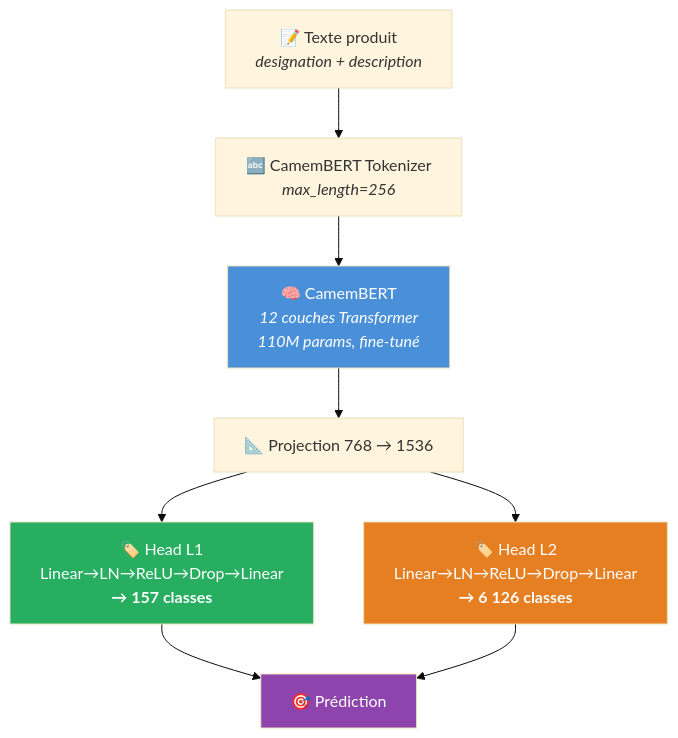
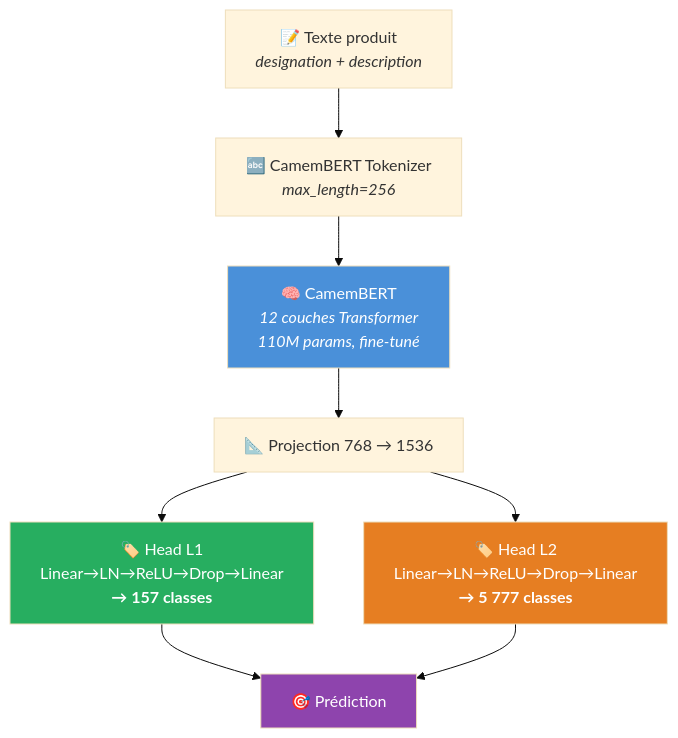
One commit to inptensib/projet-fil-rouge changed the first of 2 diagrams in README.md. Above: the diagram before and after it, drawn with Mermaid (base theme). The commit also changed other lines of this file and 5 other files, not shown here.

Commit message:
docs(restructure): ARCHITECTURE.md + chemins rakuten + chiffres v2

````diff
--- a/README.md
+++ b/README.md
@@ -48,19 +48,19 @@
 ```mermaid
 graph TD
     A["📝 Texte produit<br/><i>designation + description</i>"] --> B
     B["🔤 CamemBERT Tokenizer<br/><i>max_length=256</i>"] --> C
     C["🧠 CamemBERT<br/><i>12 couches Transformer<br/>110M params, fine-tuné</i>"] --> D
     D["📐 Projection 768 → 1536"] --> E1
     D --> E2
 
     E1["🏷️ Head L1<br/>Linear→LN→ReLU→Drop→Linear<br/><b>→ 157 classes</b>"]
-    E2["🏷️ Head L2<br/>Linear→LN→ReLU→Drop→Linear<br/><b>→ 6 126 classes</b>"]
+    E2["🏷️ Head L2<br/>Linear→LN→ReLU→Drop→Linear<br/><b>→ 5 777 classes</b>"]
 
     E1 --> F["🎯 Prédiction"]
     E2 --> F
 
     style C fill:#4A90D9,color:white
     style E1 fill:#27AE60,color:white
     style E2 fill:#E67E22,color:white
     style F fill:#8E44AD,color:white
 ```
````
